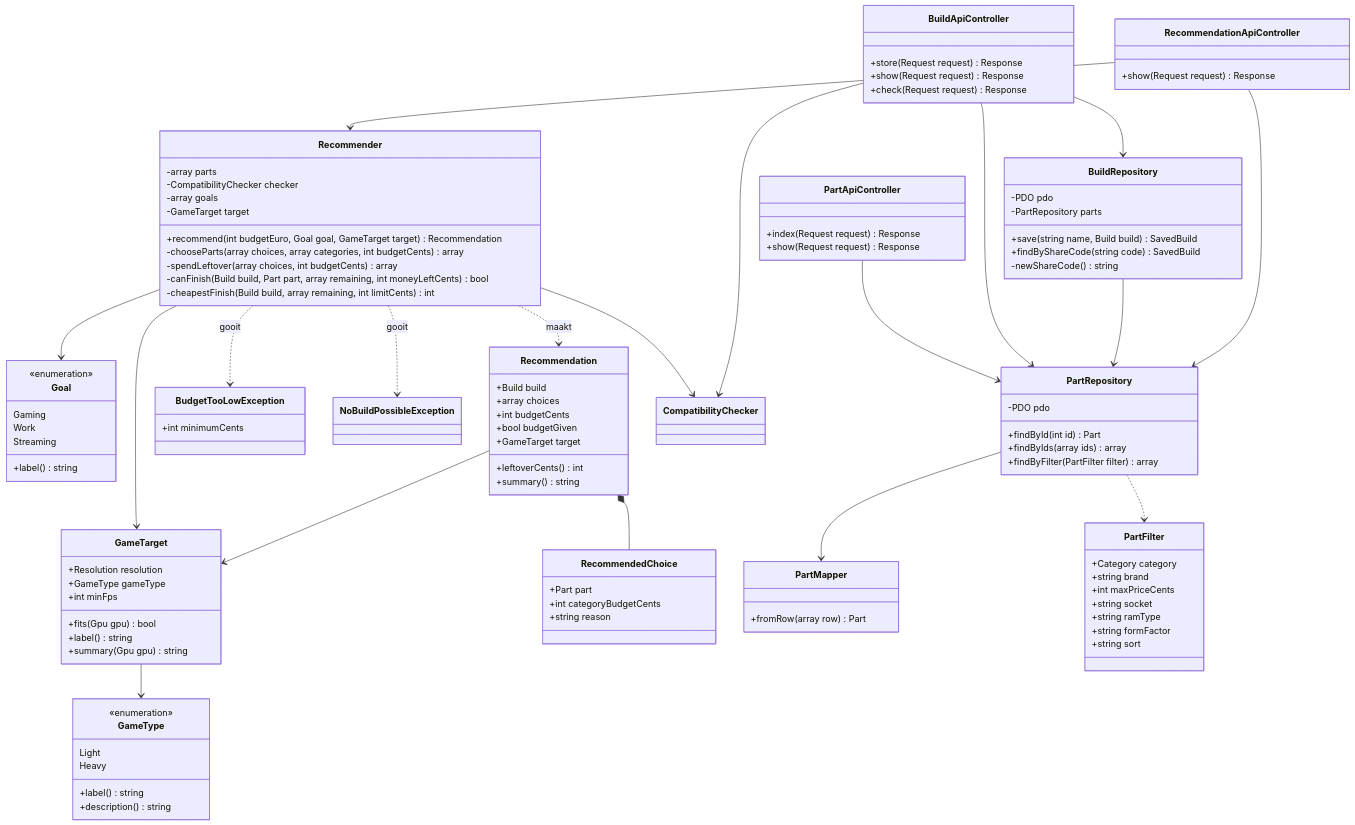
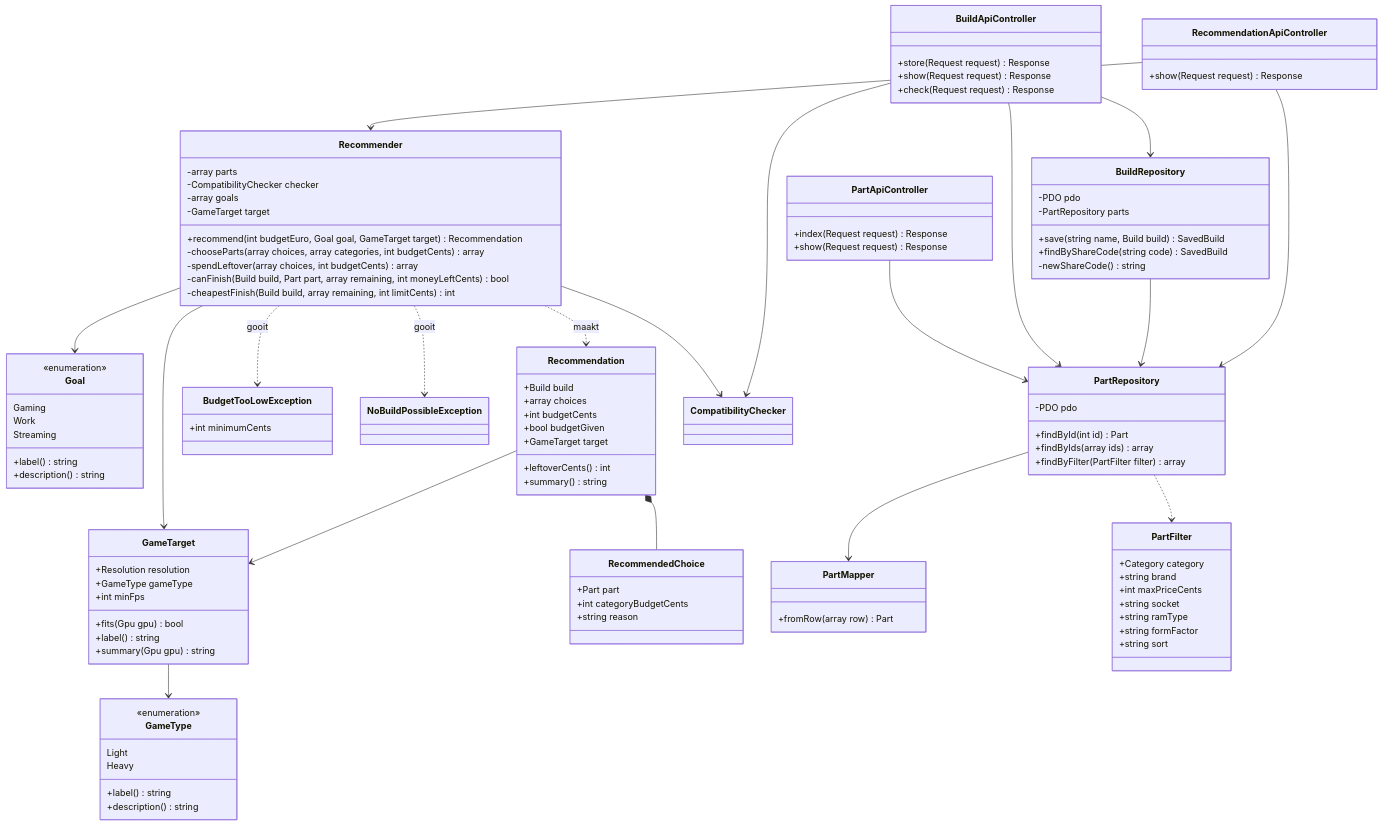
The sixth of 9 diagrams in docs/ontwerp.md (Niels023/pc-bouwplanner), drawn with Mermaid before and after one commit. The commit also changed other lines of this file and 1 other file, not shown here.

```diff
--- a/docs/ontwerp.md
+++ b/docs/ontwerp.md
@@ -434,6 +434,7 @@
         Work
         Streaming
         +label() string
+        +description() string
     }
     class Recommender {
         -array parts
```
